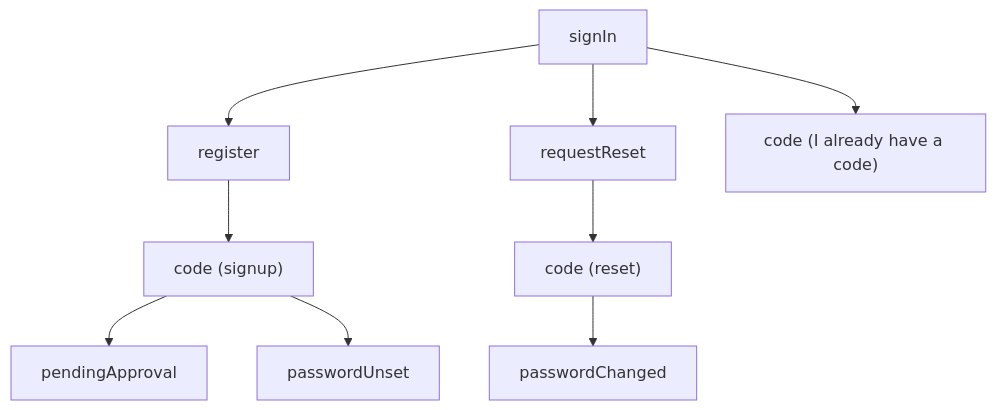
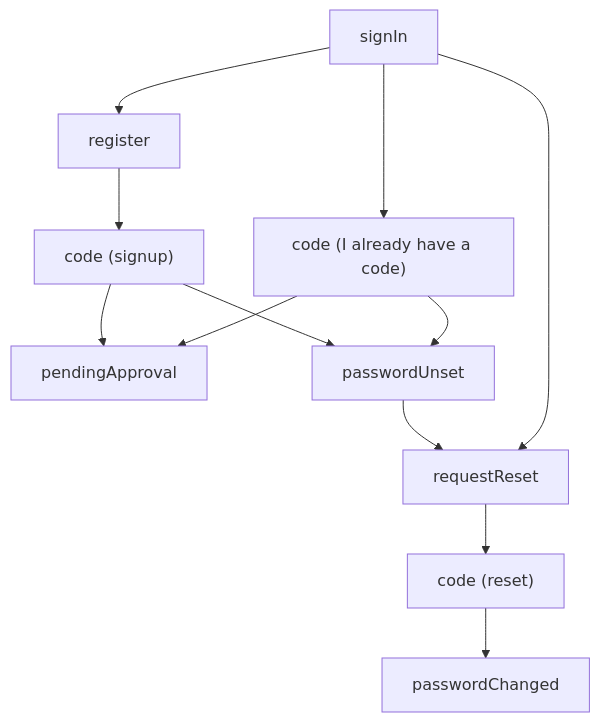
Before and after one commit to bettersoftware-io/ReactiveTraderCloudClone: the third of 3 diagrams in docs/authentication.md, drawn with Mermaid. The commit also changed other lines of this file and 1 other file, not shown here.

First line of the commit message:
docs(b2b): the code entry lives on the create-account form; 00000000 for addresses you register or reset

````diff
--- a/docs/authentication.md
+++ b/docs/authentication.md
@@ -852,11 +852,14 @@
 ```mermaid
 flowchart TB
   signIn["signIn"] --> register["register"]
   signIn --> requestReset["requestReset"]
   signIn --> codeEntry["code (I already have a code)"]
+  codeEntry --> pending
+  codeEntry --> unset
   register --> codeSignup["code (signup)"]
   requestReset --> codeReset["code (reset)"]
   codeSignup --> pending["pendingApproval"]
   codeSignup --> unset["passwordUnset"]
   codeReset --> changed["passwordChanged"]
+  unset --> requestReset
 ```
````
